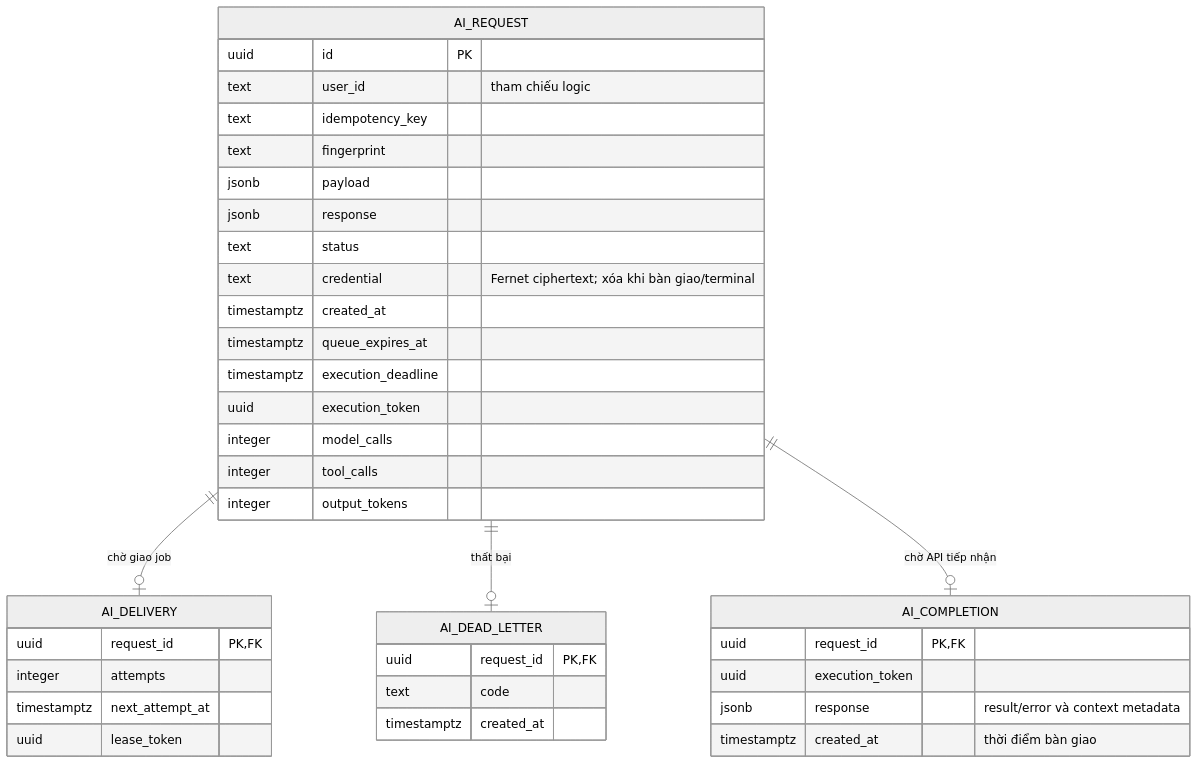
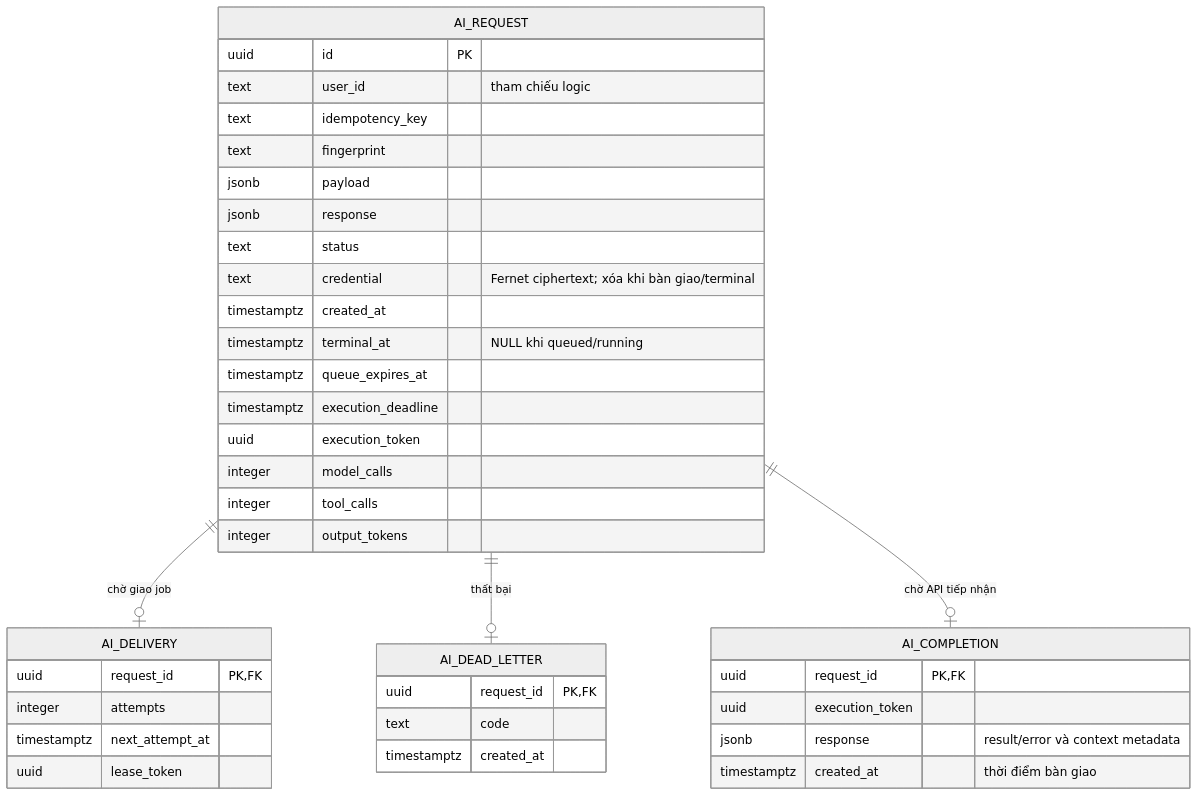
The diagram in docs/ai-service/erd.md (TriNguyenThanh/UTask), drawn with Mermaid (neutral theme) before and after one commit. The commit also changed other lines of this file and 13 other files, not shown here.

````diff
--- a/docs/ai-service/erd.md
+++ b/docs/ai-service/erd.md
@@ -13,40 +14,41 @@
 ```mermaid
 erDiagram
     AI_REQUEST ||--o| AI_DELIVERY : "chờ giao job"
     AI_REQUEST ||--o| AI_DEAD_LETTER : "thất bại"
     AI_REQUEST ||--o| AI_COMPLETION : "chờ API tiếp nhận"
     AI_REQUEST {
         uuid id PK
         text user_id "tham chiếu logic"
         text idempotency_key
         text fingerprint
         jsonb payload
         jsonb response
         text status
         text credential "Fernet ciphertext; xóa khi bàn giao/terminal"
         timestamptz created_at
+        timestamptz terminal_at "NULL khi queued/running"
         timestamptz queue_expires_at
         timestamptz execution_deadline
         uuid execution_token
         integer model_calls
         integer tool_calls
         integer output_tokens
     }
     AI_DELIVERY {
         uuid request_id PK,FK
         integer attempts
         timestamptz next_attempt_at
         uuid lease_token
     }
     AI_DEAD_LETTER {
         uuid request_id PK,FK
         text code
         timestamptz created_at
     }
     AI_COMPLETION {
         uuid request_id PK,FK
         uuid execution_token
         jsonb response "result/error và context metadata"
         timestamptz created_at "thời điểm bàn giao"
     }
 ```
````
